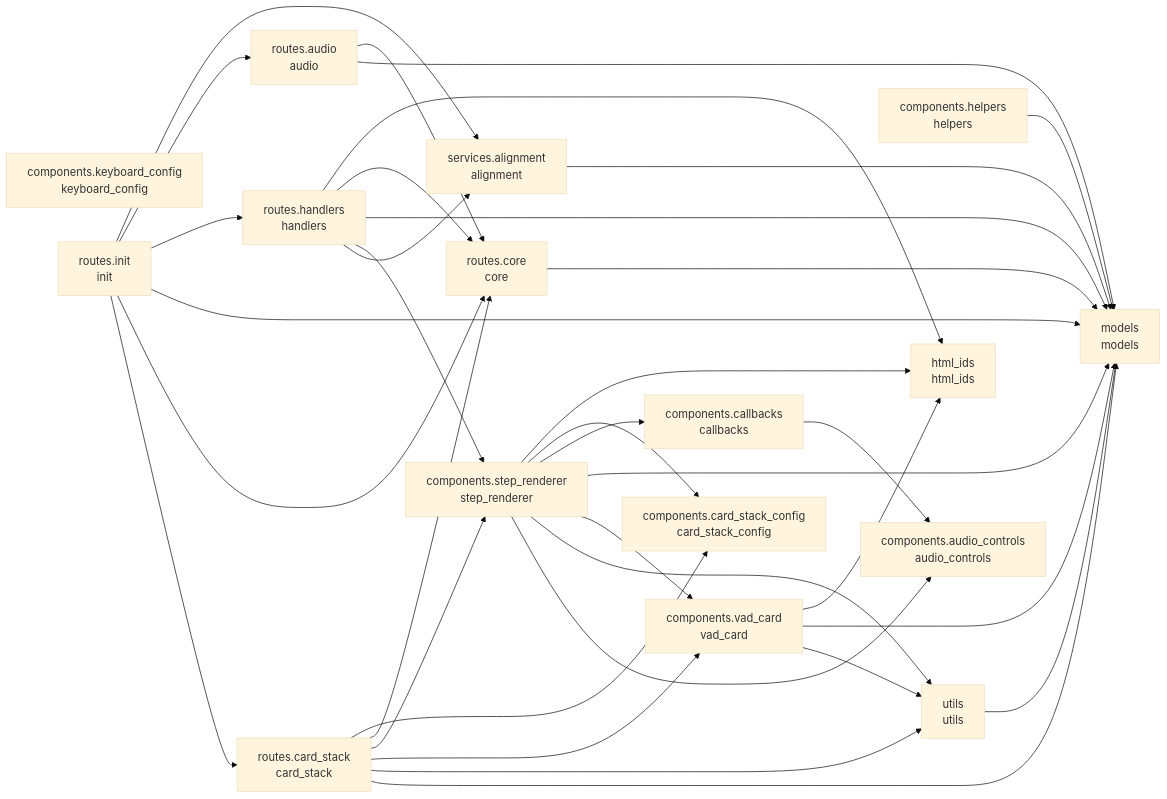
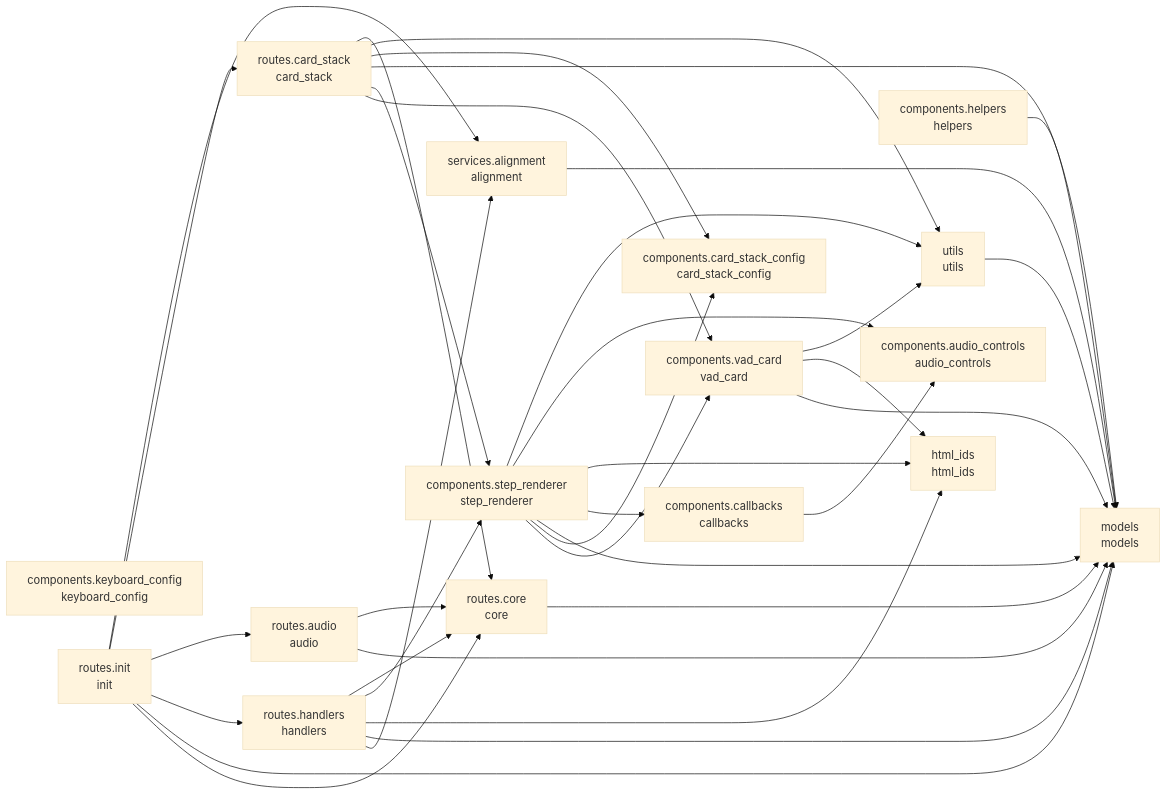
The diagram in README.md (cj-mills/cjm-transcript-vad-align), drawn with Mermaid (base theme) before and after one commit. The commit also changed other lines of this file and 5 other files, not shown here.

````diff
--- a/README.md
+++ b/README.md
@@ -39,54 +39,54 @@
 ``` mermaid
 graph LR
     components_audio_controls[components.audio_controls<br/>audio_controls]
     components_callbacks[components.callbacks<br/>callbacks]
     components_card_stack_config[components.card_stack_config<br/>card_stack_config]
     components_helpers[components.helpers<br/>helpers]
     components_keyboard_config[components.keyboard_config<br/>keyboard_config]
     components_step_renderer[components.step_renderer<br/>step_renderer]
     components_vad_card[components.vad_card<br/>vad_card]
     html_ids[html_ids<br/>html_ids]
     models[models<br/>models]
     routes_audio[routes.audio<br/>audio]
     routes_card_stack[routes.card_stack<br/>card_stack]
     routes_core[routes.core<br/>core]
     routes_handlers[routes.handlers<br/>handlers]
     routes_init[routes.init<br/>init]
     services_alignment[services.alignment<br/>alignment]
     utils[utils<br/>utils]
 
     components_callbacks --> components_audio_controls
     components_helpers --> models
+    components_step_renderer --> utils
+    components_step_renderer --> components_audio_controls
     components_step_renderer --> html_ids
-    components_step_renderer --> components_card_stack_config
     components_step_renderer --> components_callbacks
     components_step_renderer --> models
+    components_step_renderer --> components_card_stack_config
     components_step_renderer --> components_vad_card
-    components_step_renderer --> utils
-    components_step_renderer --> components_audio_controls
+    components_vad_card --> utils
     components_vad_card --> html_ids
     components_vad_card --> models
-    components_vad_card --> utils
     routes_audio --> routes_core
     routes_audio --> models
+    routes_card_stack --> routes_core
+    routes_card_stack --> utils
     routes_card_stack --> components_card_stack_config
-    routes_card_stack --> routes_core
+    routes_card_stack --> models
     routes_card_stack --> components_step_renderer
     routes_card_stack --> components_vad_card
-    routes_card_stack --> utils
-    routes_card_stack --> models
     routes_core --> models
+    routes_handlers --> routes_core
+    routes_handlers --> components_step_renderer
     routes_handlers --> html_ids
-    routes_handlers --> routes_core
     routes_handlers --> models
-    routes_handlers --> components_step_renderer
     routes_handlers --> services_alignment
     routes_init --> services_alignment
+    routes_init --> routes_card_stack
     routes_init --> routes_audio
     routes_init --> routes_handlers
     routes_init --> models
     routes_init --> routes_core
-    routes_init --> routes_card_stack
     services_alignment --> models
     utils --> models
 ```
````
